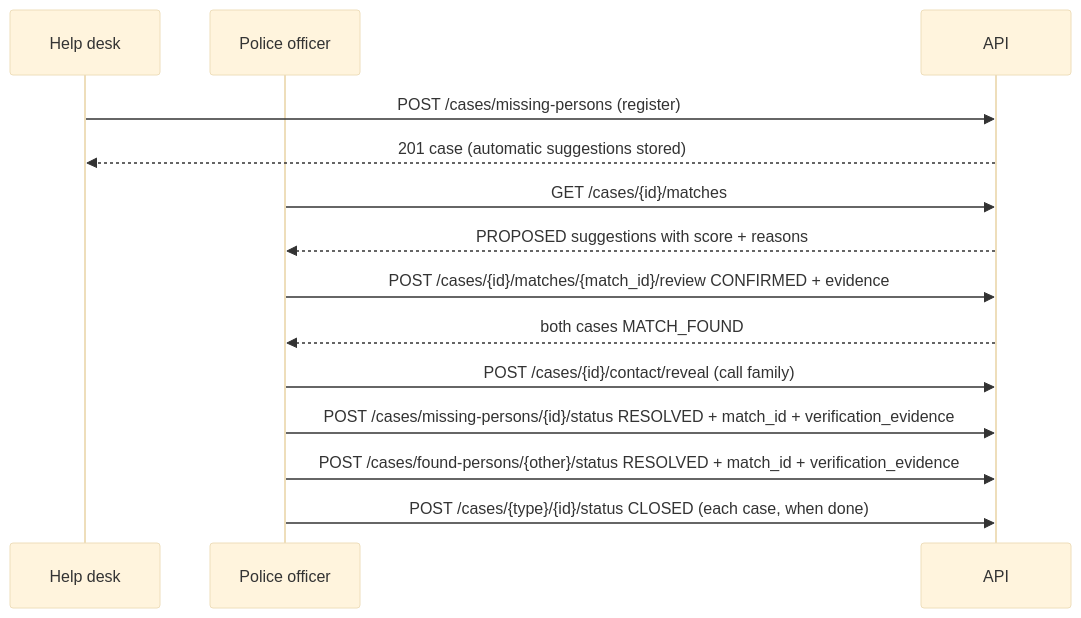
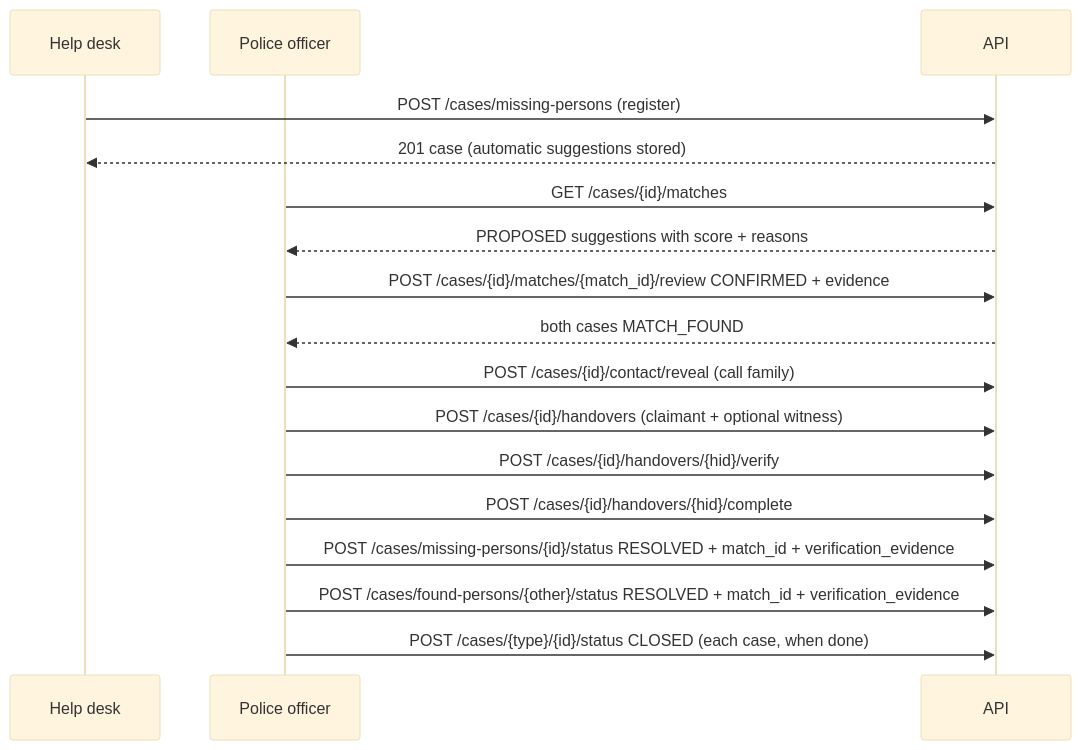
One commit to Vivekthakurdeveloper/Kumbh-milan changed the diagram in docs/api/API_REQUEST_RESPONSE_REFERENCE.md. Above: the diagram before and after it, drawn with Mermaid (base theme). The commit also changed other lines of this file and 70 other files, not shown here.

````diff
--- a/docs/api/API_REQUEST_RESPONSE_REFERENCE.md
+++ b/docs/api/API_REQUEST_RESPONSE_REFERENCE.md
@@ -1294,16 +1315,19 @@
 ```mermaid
 sequenceDiagram
     participant Desk as Help desk
     participant Officer as Police officer
     participant API
     Desk->>API: POST /cases/missing-persons (register)
     API-->>Desk: 201 case (automatic suggestions stored)
     Officer->>API: GET /cases/{id}/matches
     API-->>Officer: PROPOSED suggestions with score + reasons
     Officer->>API: POST /cases/{id}/matches/{match_id}/review CONFIRMED + evidence
     API-->>Officer: both cases MATCH_FOUND
     Officer->>API: POST /cases/{id}/contact/reveal (call family)
+    Officer->>API: POST /cases/{id}/handovers (claimant + optional witness)
+    Officer->>API: POST /cases/{id}/handovers/{hid}/verify
+    Officer->>API: POST /cases/{id}/handovers/{hid}/complete
     Officer->>API: POST /cases/missing-persons/{id}/status RESOLVED + match_id + verification_evidence
     Officer->>API: POST /cases/found-persons/{other}/status RESOLVED + match_id + verification_evidence
     Officer->>API: POST /cases/{type}/{id}/status CLOSED (each case, when done)
 ```
````
